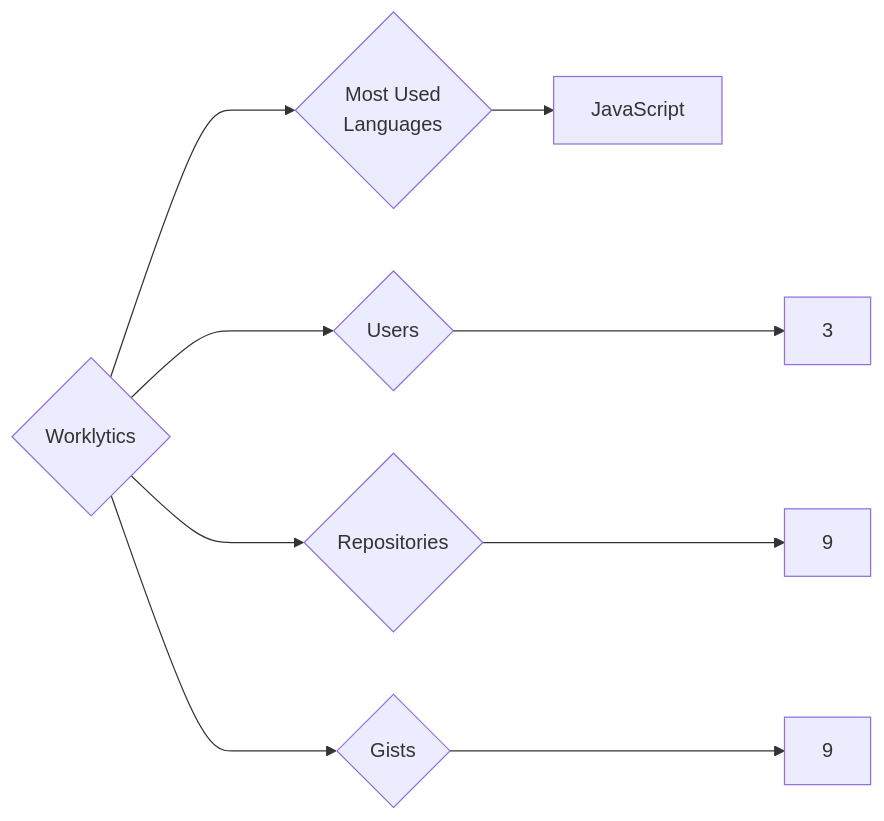
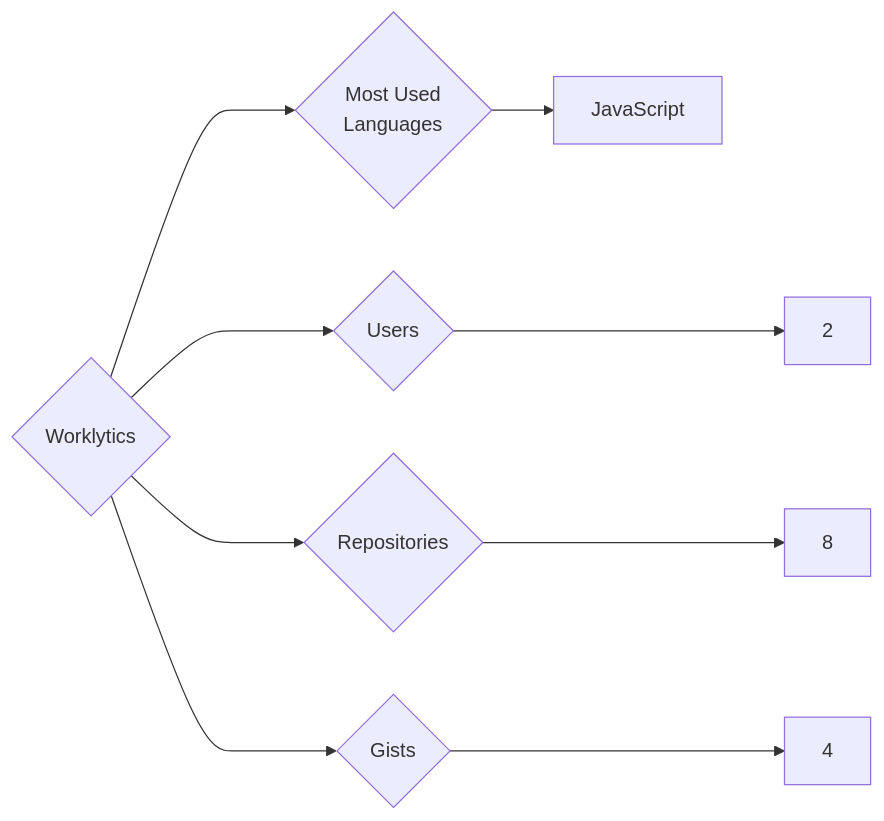
Before and after one commit to trickest/insiders: the diagram in targets/Worklytics/README.md, drawn with Mermaid. The commit also changed 748 other files, not shown here.

````diff
--- a/targets/Worklytics/README.md
+++ b/targets/Worklytics/README.md
@@ -3,9 +3,9 @@
 ```mermaid
 graph LR
 COMPANY_NAME{Worklytics}
-COMPANY_NAME ---> U{Users} ---> UN[3]
-COMPANY_NAME ---> R{Repositories} ---> RN[9]
-COMPANY_NAME ---> G{Gists} ---> GN[9]
+COMPANY_NAME ---> U{Users} ---> UN[2]
+COMPANY_NAME ---> R{Repositories} ---> RN[8]
+COMPANY_NAME ---> G{Gists} ---> GN[4]
 COMPANY_NAME ---> ML{Most Used<br>Languages}
 ML --> JavaScript[JavaScript]
 ```
````
